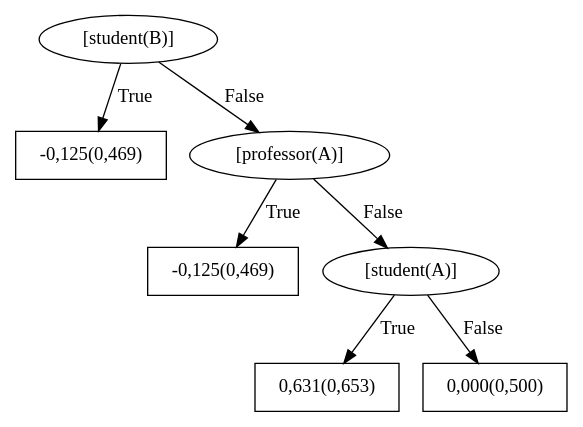
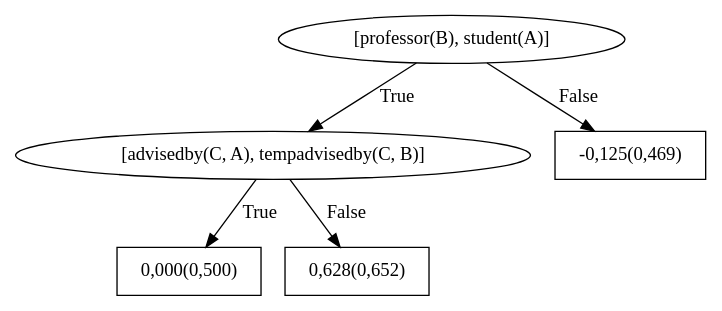
The diagram in boostsrl/train/models/bRDNs/dotFiles/WILLTreeFor_advisedby1.dot (MeLLL-UFF/groot), drawn with Graphviz before and after one commit. The commit also changed 67 other files, not shown here.

```diff
--- a/boostsrl/train/models/bRDNs/dotFiles/WILLTreeFor_advisedby1.dot
+++ b/boostsrl/train/models/bRDNs/dotFiles/WILLTreeFor_advisedby1.dot
@@ -1,15 +1,11 @@
 digraph G{ 
-1[label = "[student(B)]"];
+1[label = "[professor(B), student(A)]"];
 1 -> 2[label="True"];
 1 -> 3[label="False"];
-2[shape = box,label = "-0,125(0,469)"];
-3[label = "[professor(A)]"];
-3 -> 4[label="True"];
-3 -> 5[label="False"];
-4[shape = box,label = "-0,125(0,469)"];
-5[label = "[student(A)]"];
-5 -> 6[label="True"];
-5 -> 7[label="False"];
-6[shape = box,label = "0,631(0,653)"];
-7[shape = box,label = "0,000(0,500)"];
+2[label = "[advisedby(C, A), tempadvisedby(C, B)]"];
+2 -> 4[label="True"];
+2 -> 5[label="False"];
+4[shape = box,label = "0,000(0,500)"];
+5[shape = box,label = "0,628(0,652)"];
+3[shape = box,label = "-0,125(0,469)"];
 }
```
